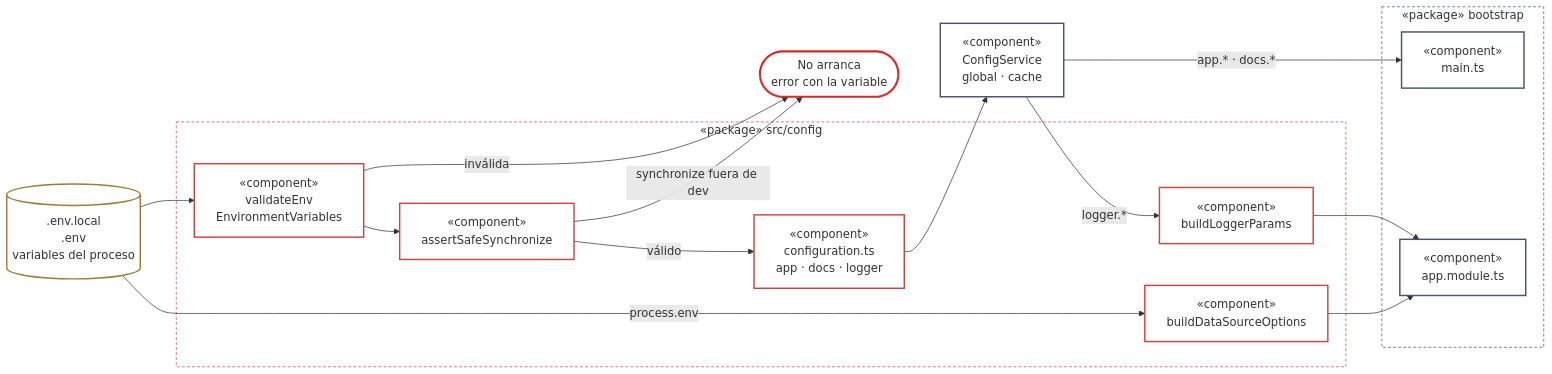
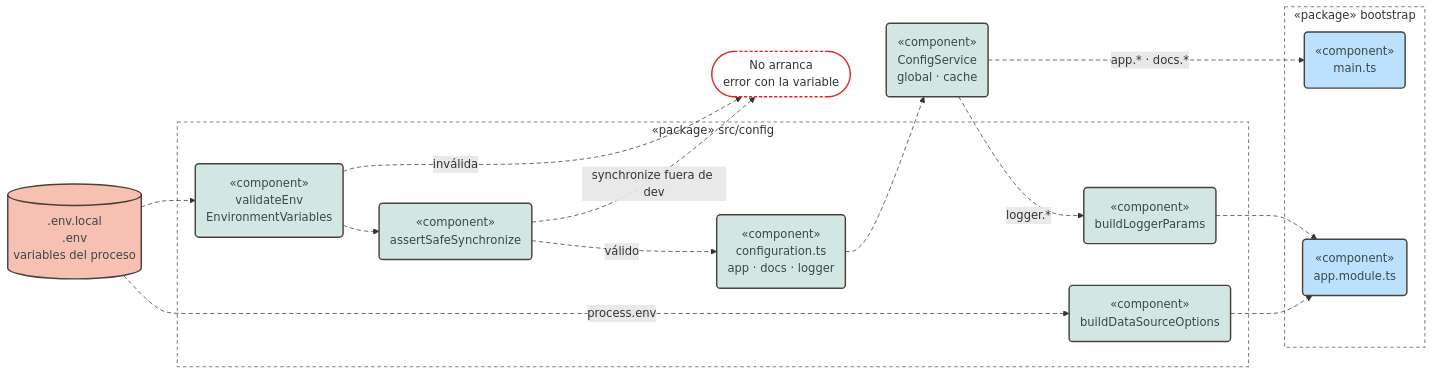
Before and after one commit to pcarroza91/nest-template: the ninth of 19 diagrams in docs/architecture.md, drawn with Mermaid. The commit also changed other lines of this file and 2 other files, not shown here.

First line of the commit message:
docs(architecture): aplica el estilo pastel por rol a los diagramas Mermaid

````diff
--- a/docs/architecture.md
+++ b/docs/architecture.md
@@ -391,41 +373,40 @@
 ```mermaid
 flowchart LR
     FILES[(".env.local<br/>.env<br/>variables del proceso")]
     subgraph CONFIG["«package» src/config"]
-        VAL["«component»<br/>validateEnv<br/>EnvironmentVariables"]
-        SYNC["«component»<br/>assertSafeSynchronize"]
-        NS["«component»<br/>configuration.ts<br/>app · docs · logger"]
-        DBO["«component»<br/>buildDataSourceOptions"]
-        LGP["«component»<br/>buildLoggerParams"]
+        VAL("«component»<br/>validateEnv<br/>EnvironmentVariables")
+        SYNC("«component»<br/>assertSafeSynchronize")
+        NS("«component»<br/>configuration.ts<br/>app · docs · logger")
+        DBO("«component»<br/>buildDataSourceOptions")
+        LGP("«component»<br/>buildLoggerParams")
     end
     STOP(["No arranca<br/>error con la variable"])
-    CS["«component»<br/>ConfigService<br/>global · cache"]
+    CS("«component»<br/>ConfigService<br/>global · cache")
     subgraph BOOT["«package» bootstrap"]
-        MAIN["«component»<br/>main.ts"]
-        APPM["«component»<br/>app.module.ts"]
+        MAIN("«component»<br/>main.ts")
+        APPM("«component»<br/>app.module.ts")
     end
 
     FILES --> VAL
     VAL -- "inválida" --> STOP
     VAL --> SYNC
     SYNC -- "synchronize fuera de dev" --> STOP
     SYNC -- "válido" --> NS
     NS --> CS
     CS -- "app.* · docs.*" --> MAIN
     CS -- "logger.*" --> LGP
     FILES -- "process.env" --> DBO
     LGP & DBO --> APPM
 
-    classDef pkgApp fill:transparent,stroke:#475569,stroke-dasharray:4 3
-    classDef app fill:transparent,stroke:#475569,stroke-width:2px
-    classDef pkgCore fill:transparent,stroke:#d14343,stroke-dasharray:4 3
-    classDef core fill:transparent,stroke:#d14343,stroke-width:2px
-    classDef ext fill:transparent,stroke:#a07c3b,stroke-width:2px
-    classDef bad fill:transparent,stroke:#dc2626,stroke-width:3px
-    class BOOT pkgApp
-    class MAIN,APPM,CS app
-    class CONFIG pkgCore
-    class VAL,SYNC,NS,DBO,LGP core
+    classDef entry fill:#bce1ff,stroke:#494238,stroke-width:2px,color:#3c4747
+    classDef shared fill:#d2e7e4,stroke:#494238,stroke-width:2px,color:#3c4747
+    classDef ext fill:#f6c1b2,stroke:#494238,stroke-width:2px,color:#3c4747
+    classDef bad fill:transparent,stroke:#dc2626,stroke-width:2px,stroke-dasharray:4 3
+    classDef pkg fill:transparent,stroke:#8a857d,stroke-width:1.5px,stroke-dasharray:5 4
+    class MAIN,APPM entry
+    class VAL,SYNC,NS,DBO,LGP,CS shared
     class FILES ext
     class STOP bad
+    class CONFIG,BOOT pkg
+    linkStyle default stroke-dasharray:6 4
 ```
````
